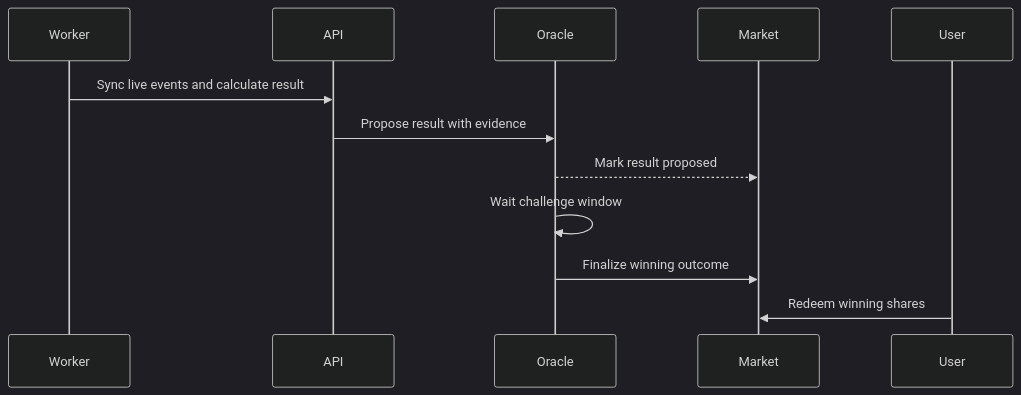
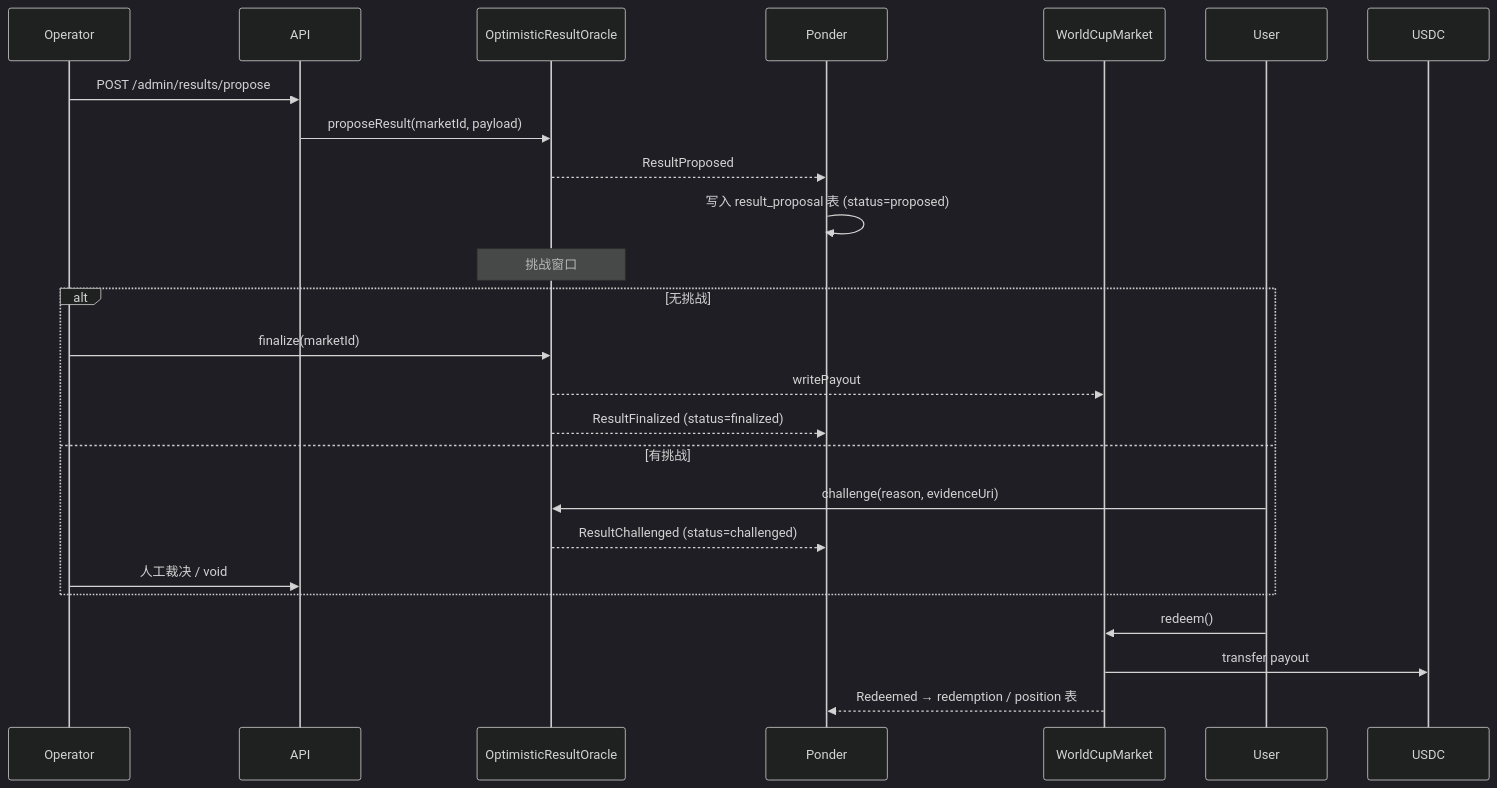
Before and after one commit to web3-dev-axin/football: the fourth of 5 diagrams in README.md, drawn with Mermaid (dark theme). The commit also changed other lines of this file and 192 other files, not shown here.

````diff
--- a/README.md
+++ b/README.md
@@ -81,15 +98,27 @@
 ```mermaid
 sequenceDiagram
-  participant Worker
+  participant Operator
   participant API
-  participant Oracle
-  participant Market
+  participant Oracle as OptimisticResultOracle
+  participant Indexer as Ponder
+  participant Market as WorldCupMarket
   participant User
 
-  Worker->>API: Sync live events and calculate result
-  API->>Oracle: Propose result with evidence
-  Oracle-->>Market: Mark result proposed
-  Oracle->>Oracle: Wait challenge window
-  Oracle->>Market: Finalize winning outcome
-  User->>Market: Redeem winning shares
+  Operator->>API: POST /admin/results/propose
+  API->>Oracle: proposeResult(marketId, payload)
+  Oracle-->>Indexer: ResultProposed
+  Indexer->>Indexer: 写入 result_proposal 表 (status=proposed)
+  Note over Oracle: 挑战窗口
+  alt 无挑战
+    Operator->>Oracle: finalize(marketId)
+    Oracle-->>Market: writePayout
+    Oracle-->>Indexer: ResultFinalized (status=finalized)
+  else 有挑战
+    User->>Oracle: challenge(reason, evidenceUri)
+    Oracle-->>Indexer: ResultChallenged (status=challenged)
+    Operator->>API: 人工裁决 / void
+  end
+  User->>Market: redeem()
+  Market->>USDC: transfer payout
+  Market-->>Indexer: Redeemed → redemption / position 表
 ```
````
